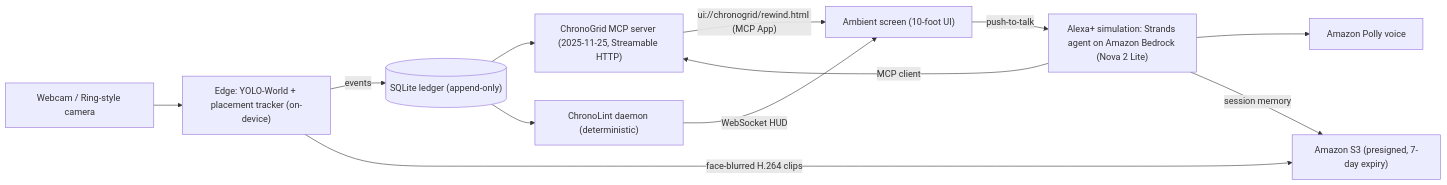
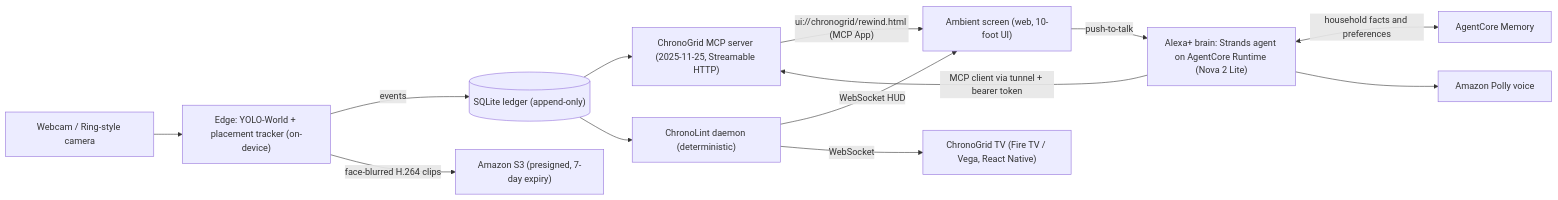
Before and after one commit to emarc99/ChronoGrid: the diagram in README.md, drawn with Mermaid. The commit also changed other lines of this file, not shown here.

Commit message:
docs(readme): Fire TV companion app and AgentCore setup

````diff
--- a/README.md
+++ b/README.md
@@ -42,14 +42,15 @@
 ```mermaid
 flowchart LR
   Cam["Webcam / Ring-style camera"] --> Edge["Edge: YOLO-World + placement tracker (on-device)"]
   Edge -->|events| Ledger[("SQLite ledger (append-only)")]
   Edge -->|"face-blurred H.264 clips"| S3["Amazon S3 (presigned, 7-day expiry)"]
   Ledger --> MCP["ChronoGrid MCP server (2025-11-25, Streamable HTTP)"]
   Ledger --> Linter["ChronoLint daemon (deterministic)"]
-  Alexa["Alexa+ simulation: Strands agent on Amazon Bedrock (Nova 2 Lite)"] -->|MCP client| MCP
+  Alexa["Alexa+ brain: Strands agent on AgentCore Runtime (Nova 2 Lite)"] -->|"MCP client via tunnel + bearer token"| MCP
+  Alexa <-->|"household facts and preferences"| Mem["AgentCore Memory"]
   Alexa --> Polly["Amazon Polly voice"]
-  Alexa -->|"session memory"| S3
-  MCP -->|"ui://chronogrid/rewind.html (MCP App)"| Screen["Ambient screen (10-foot UI)"]
+  MCP -->|"ui://chronogrid/rewind.html (MCP App)"| Screen["Ambient screen (web, 10-foot UI)"]
   Linter -->|"WebSocket HUD"| Screen
+  Linter -->|"WebSocket"| TV["ChronoGrid TV (Fire TV / Vega, React Native)"]
   Screen -->|"push-to-talk"| Alexa
 ```
````
